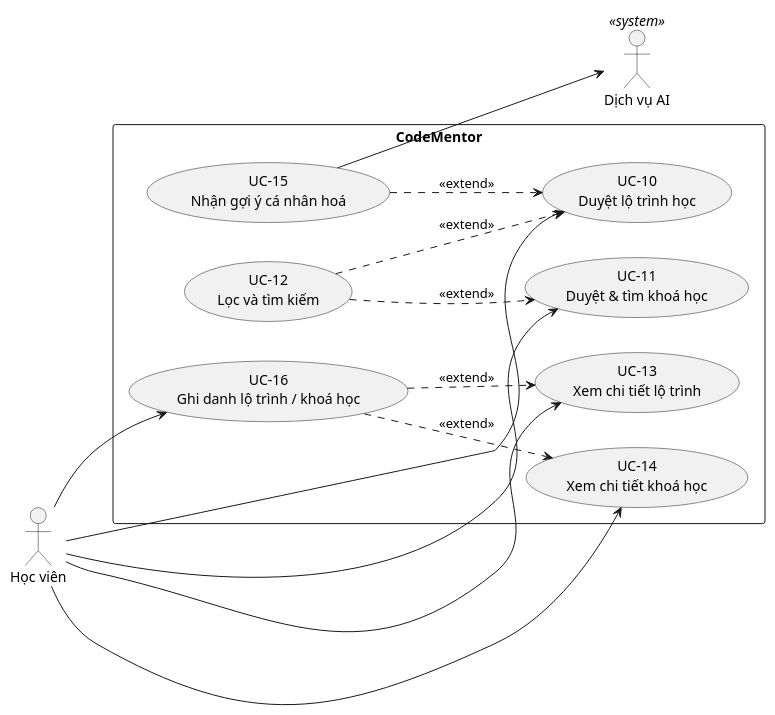
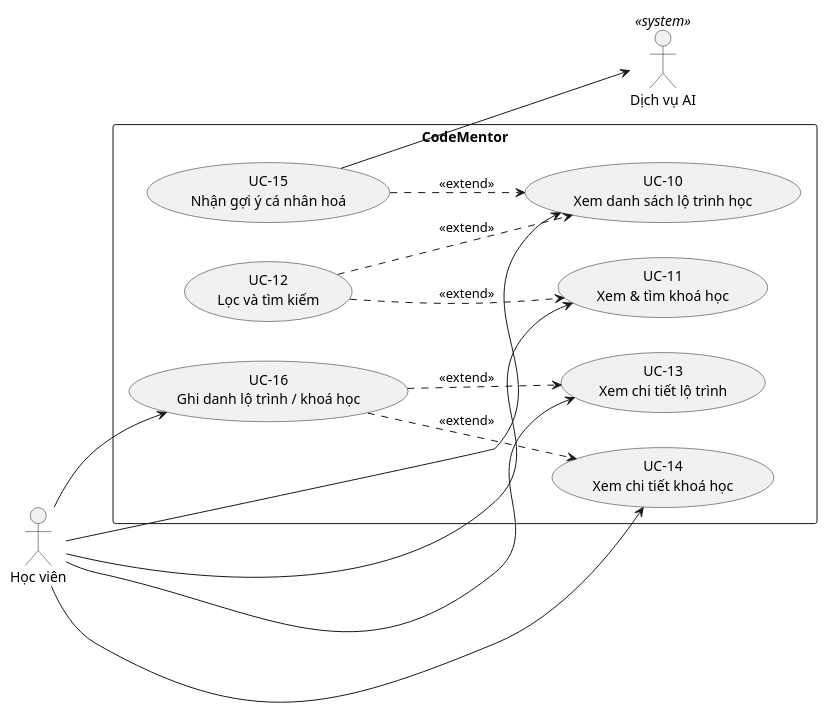
One commit to codementor-official/codementor-infra changed the third of 10 diagrams in docs/07-use-case-model.md. Above: the diagram before and after it, drawn with PlantUML. The commit also changed other lines of this file and 6 other files, not shown here.

Commit message:
Update diagram dimensions and positions in p9-scheduled.svg for improved layout and readability

````diff
--- a/docs/07-use-case-model.md
+++ b/docs/07-use-case-model.md
@@ -163,31 +163,31 @@
 ```plantuml
 @startuml p2-discovery
 left to right direction
 actor "Học viên" as Learner
 
 rectangle "CodeMentor" {
-  usecase "UC-10\nDuyệt lộ trình học" as UC10
-  usecase "UC-11\nDuyệt & tìm khoá học" as UC11
+  usecase "UC-10\nXem danh sách lộ trình học" as UC10
+  usecase "UC-11\nXem & tìm khoá học" as UC11
   usecase "UC-12\nLọc và tìm kiếm" as UC12
   usecase "UC-13\nXem chi tiết lộ trình" as UC13
   usecase "UC-14\nXem chi tiết khoá học" as UC14
   usecase "UC-15\nNhận gợi ý cá nhân hoá" as UC15
   usecase "UC-16\nGhi danh lộ trình / khoá học" as UC16
 
   UC12 ..> UC10 : <<extend>>
   UC12 ..> UC11 : <<extend>>
   UC15 ..> UC10 : <<extend>>
   UC16 ..> UC13 : <<extend>>
   UC16 ..> UC14 : <<extend>>
 }
 
 actor "Dịch vụ AI" as AI <<system>>
 
 Learner --> UC10
 Learner --> UC11
 Learner --> UC13
 Learner --> UC14
 Learner --> UC16
 UC15 --> AI
 @enduml
 ```
````
